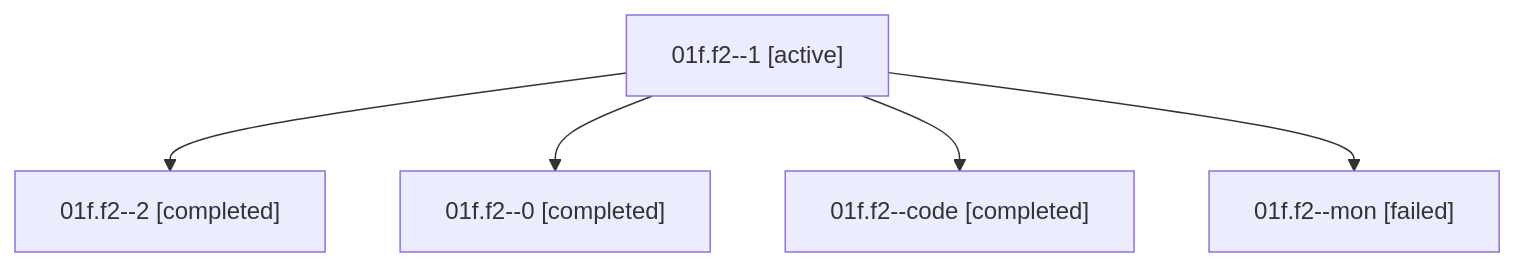
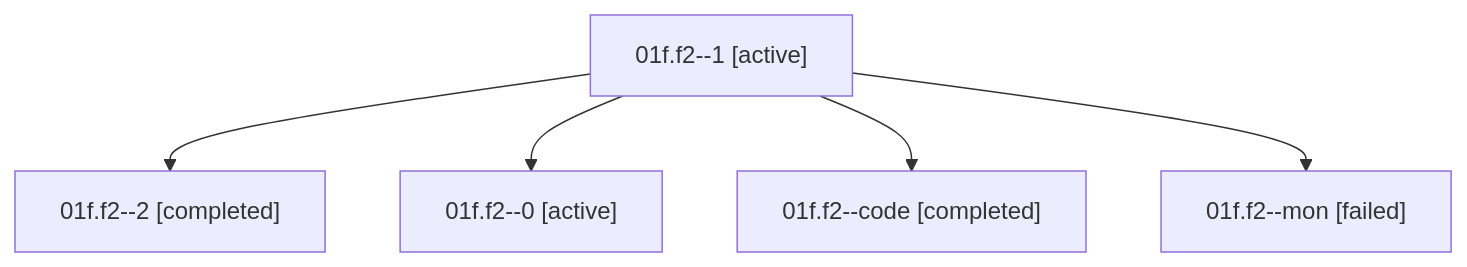
Before and after one commit to sase-org/sase--agents: the diagram in families/bbugyi200.athena.01f.f2.md, drawn with Mermaid. The commit also changed other lines of this file and 35830 other files, not shown here.

````diff
--- a/families/bbugyi200.athena.01f.f2.md
+++ b/families/bbugyi200.athena.01f.f2.md
@@ -9,12 +9,12 @@
 ```mermaid
 flowchart TD
   n0["01f.f2--1 [active]"]
   n1["01f.f2--2 [completed]"]
   n0 --> n1
-  n2["01f.f2--0 [completed]"]
+  n2["01f.f2--0 [active]"]
   n0 --> n2
   n3["01f.f2--code [completed]"]
   n0 --> n3
   n4["01f.f2--mon [failed]"]
   n0 --> n4
 ```
````
